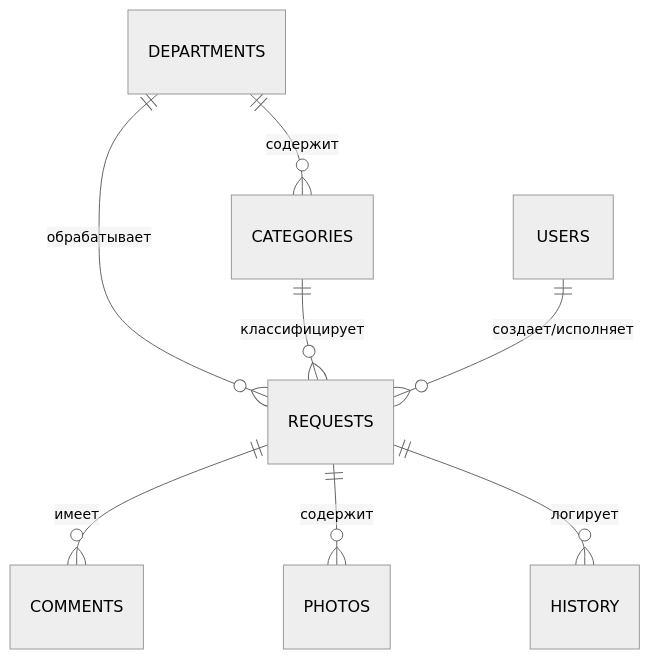
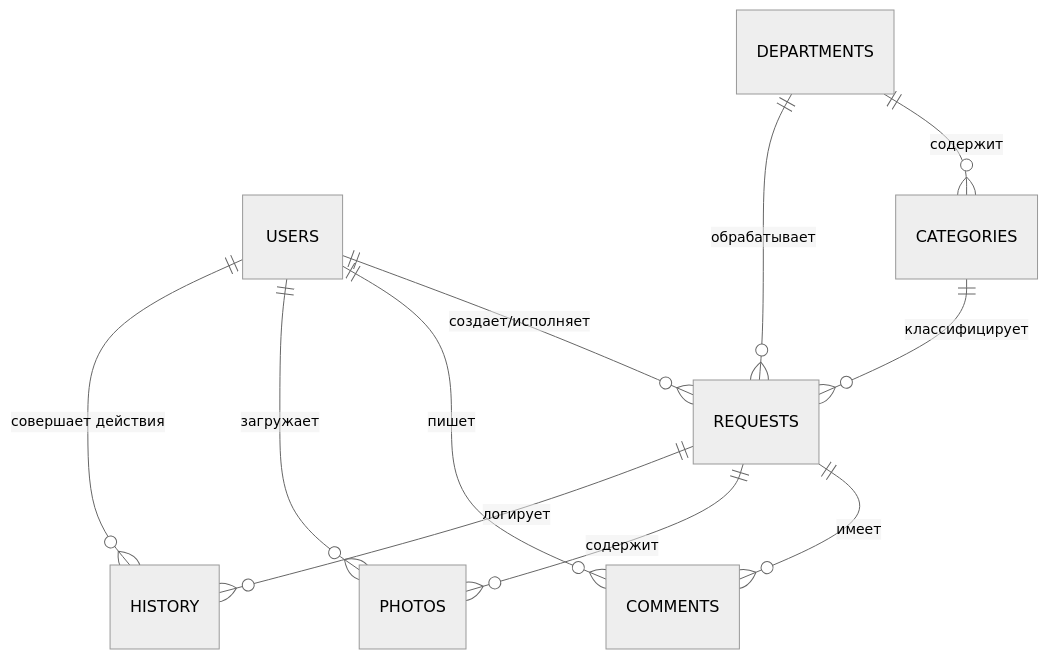
Before and after one commit to kovazenko1977/learn: the diagram in SYSTEM_DESIGN.md, drawn with Mermaid (neutral theme). The commit also changed other lines of this file and 14 other files, not shown here.

First line of the commit message:
Autonomous Helpdesk Enterprise: Independent User System and Standalone Architecture

````diff
--- a/SYSTEM_DESIGN.md
+++ b/SYSTEM_DESIGN.md
@@ -17,10 +17,13 @@
 ```mermaid
 erDiagram
+    USERS ||--o{ REQUESTS : "создает/исполняет"
+    USERS ||--o{ COMMENTS : "пишет"
+    USERS ||--o{ PHOTOS : "загружает"
+    USERS ||--o{ HISTORY : "совершает действия"
     DEPARTMENTS ||--o{ CATEGORIES : "содержит"
     DEPARTMENTS ||--o{ REQUESTS : "обрабатывает"
     CATEGORIES ||--o{ REQUESTS : "классифицирует"
     REQUESTS ||--o{ COMMENTS : "имеет"
     REQUESTS ||--o{ PHOTOS : "содержит"
     REQUESTS ||--o{ HISTORY : "логирует"
-    USERS ||--o{ REQUESTS : "создает/исполняет"
 ```
````
